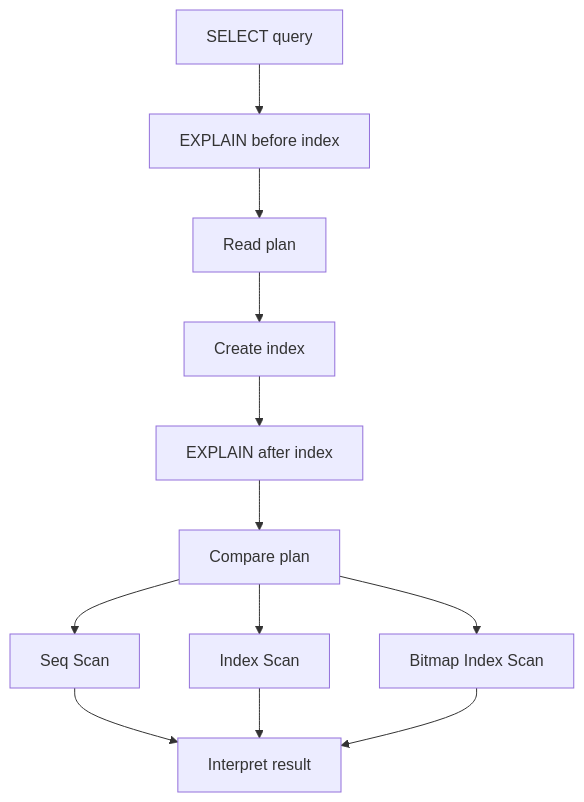
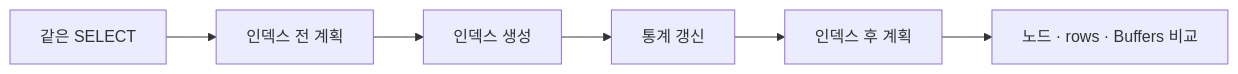
One commit to GilbertMoon/ai-database-book changed the diagram in images/chapter10/ch10_07_explain_before_after.mmd. Above: the diagram before and after it, drawn with Mermaid. The commit also changed 47 other files, not shown here.

Commit message:
Revise Chapters 10 and 11 content and diagrams

```diff
--- a/images/chapter10/ch10_07_explain_before_after.mmd
+++ b/images/chapter10/ch10_07_explain_before_after.mmd
@@ -1,14 +1,6 @@
-flowchart TB
-    A[SELECT query] --> B[EXPLAIN before index]
-    B --> C[Read plan]
-    C --> D[Create index]
-    D --> E[EXPLAIN after index]
-    E --> F[Compare plan]
-
-    F --> G[Seq Scan]
-    F --> H[Index Scan]
-    F --> I[Bitmap Index Scan]
-
-    G --> J[Interpret result]
-    H --> J
-    I --> J
+flowchart LR
+    A[같은 SELECT] --> B[인덱스 전 계획]
+    B --> C[인덱스 생성]
+    C --> D[통계 갱신]
+    D --> E[인덱스 후 계획]
+    E --> F[노드 · rows · Buffers 비교]
```
